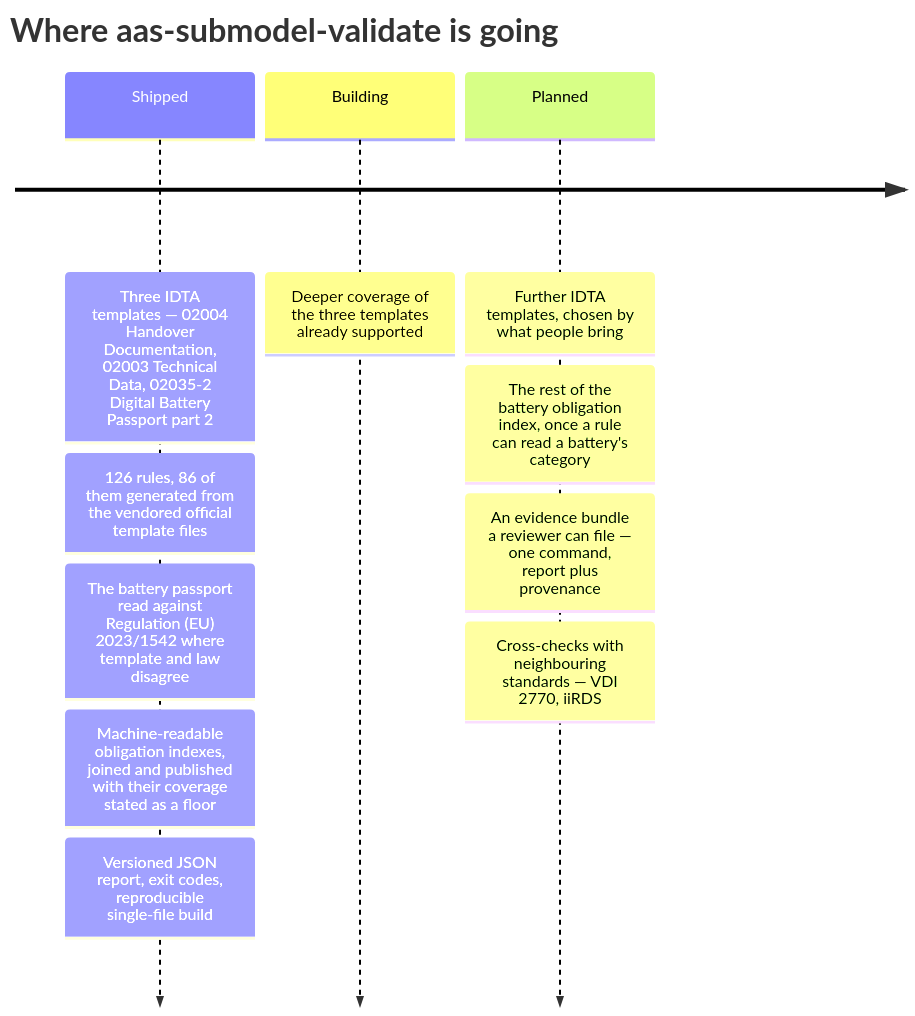
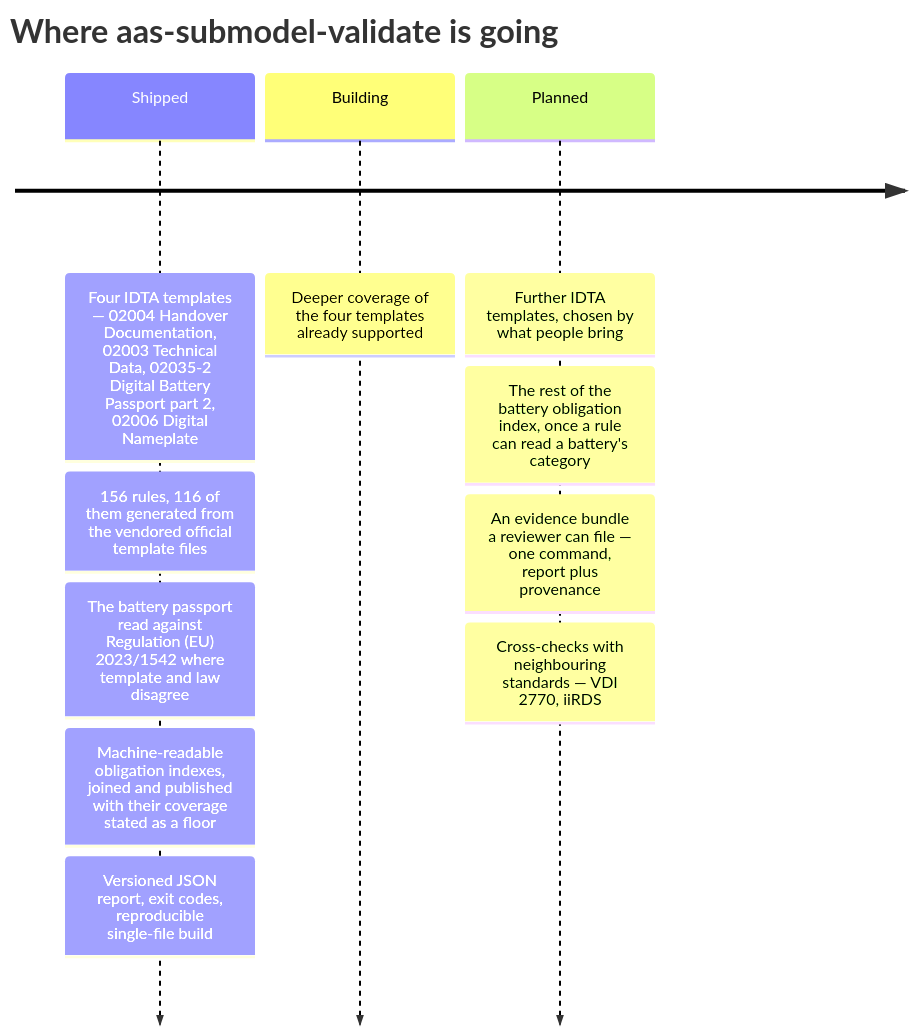
One commit to dev365code/aas-submodel-validate changed the second of 2 diagrams in README.md. Above: the diagram before and after it, drawn with Mermaid. The commit also changed other lines of this file and 13 other files, not shown here.

````diff
--- a/README.md
+++ b/README.md
@@ -267,14 +267,14 @@
 ```mermaid
 timeline
     title Where aas-submodel-validate is going
-    Shipped : Three IDTA templates — 02004 Handover Documentation, 02003 Technical Data, 02035-2 Digital Battery Passport part 2
-            : 126 rules, 86 of them generated from the vendored official template files
+    Shipped : Four IDTA templates — 02004 Handover Documentation, 02003 Technical Data, 02035-2 Digital Battery Passport part 2, 02006 Digital Nameplate
+            : 156 rules, 116 of them generated from the vendored official template files
             : The battery passport read against Regulation (EU) 2023/1542 where template and law disagree
             : Machine-readable obligation indexes, joined and published with their coverage stated as a floor
             : Versioned JSON report, exit codes, reproducible single-file build
-    Building : Deeper coverage of the three templates already supported
+    Building : Deeper coverage of the four templates already supported
     Planned : Further IDTA templates, chosen by what people bring
             : The rest of the battery obligation index, once a rule can read a battery's category
             : An evidence bundle a reviewer can file — one command, report plus provenance
             : Cross-checks with neighbouring standards — VDI 2770, iiRDS
 ```
````
